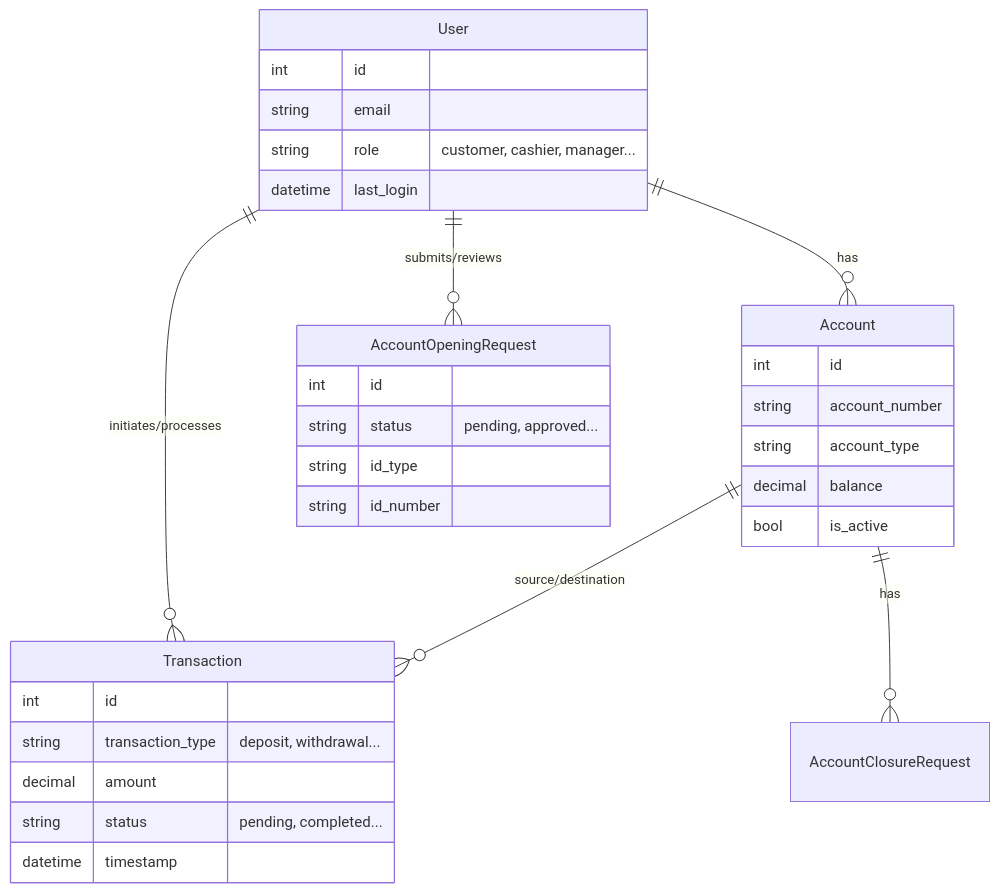
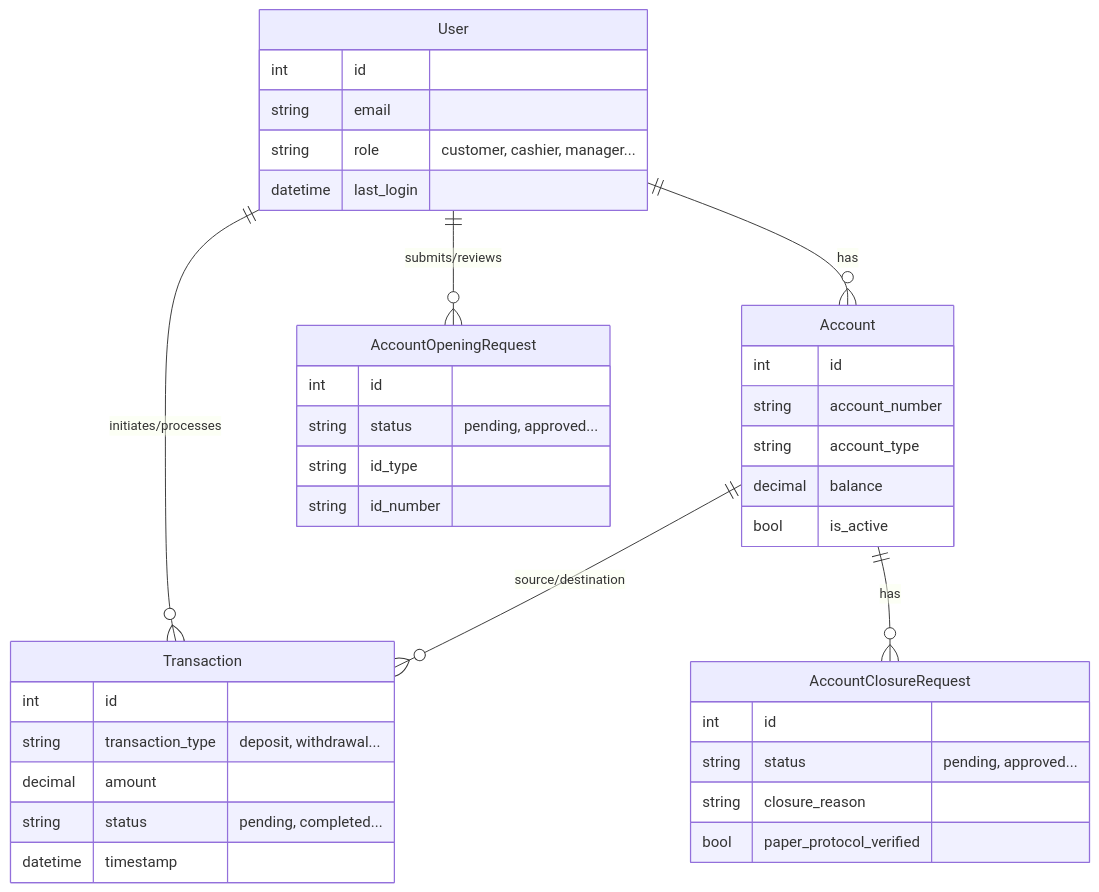
The diagram in docs/02-data-models.md (emmaarthur191/coastal-project), drawn with Mermaid before and after one commit. The commit also changed other lines of this file and 341 other files, not shown here.

````diff
--- a/docs/02-data-models.md
+++ b/docs/02-data-models.md
@@ -10,38 +12,45 @@
 ```mermaid
 erDiagram
     User ||--o{ Account : "has"
     User ||--o{ AccountOpeningRequest : "submits/reviews"
     User ||--o{ Transaction : "initiates/processes"
     Account ||--o{ Transaction : "source/destination"
     Account ||--o{ AccountClosureRequest : "has"
 
     User {
         int id
         string email
         string role "customer, cashier, manager..."
         datetime last_login
     }
 
     Account {
         int id
         string account_number
         string account_type
         decimal balance
         bool is_active
     }
 
     Transaction {
         int id
         string transaction_type "deposit, withdrawal..."
         decimal amount
         string status "pending, completed..."
         datetime timestamp
     }
 
     AccountOpeningRequest {
         int id
         string status "pending, approved..."
         string id_type
         string id_number
     }
+
+    AccountClosureRequest {
+        int id
+        string status "pending, approved..."
+        string closure_reason
+        bool paper_protocol_verified
+    }
 ```
````
